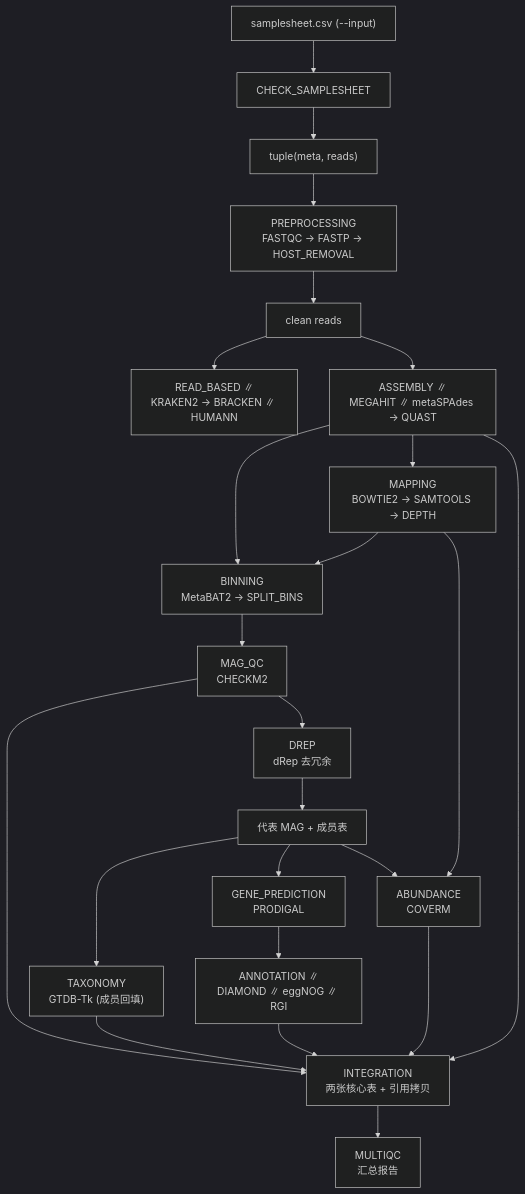
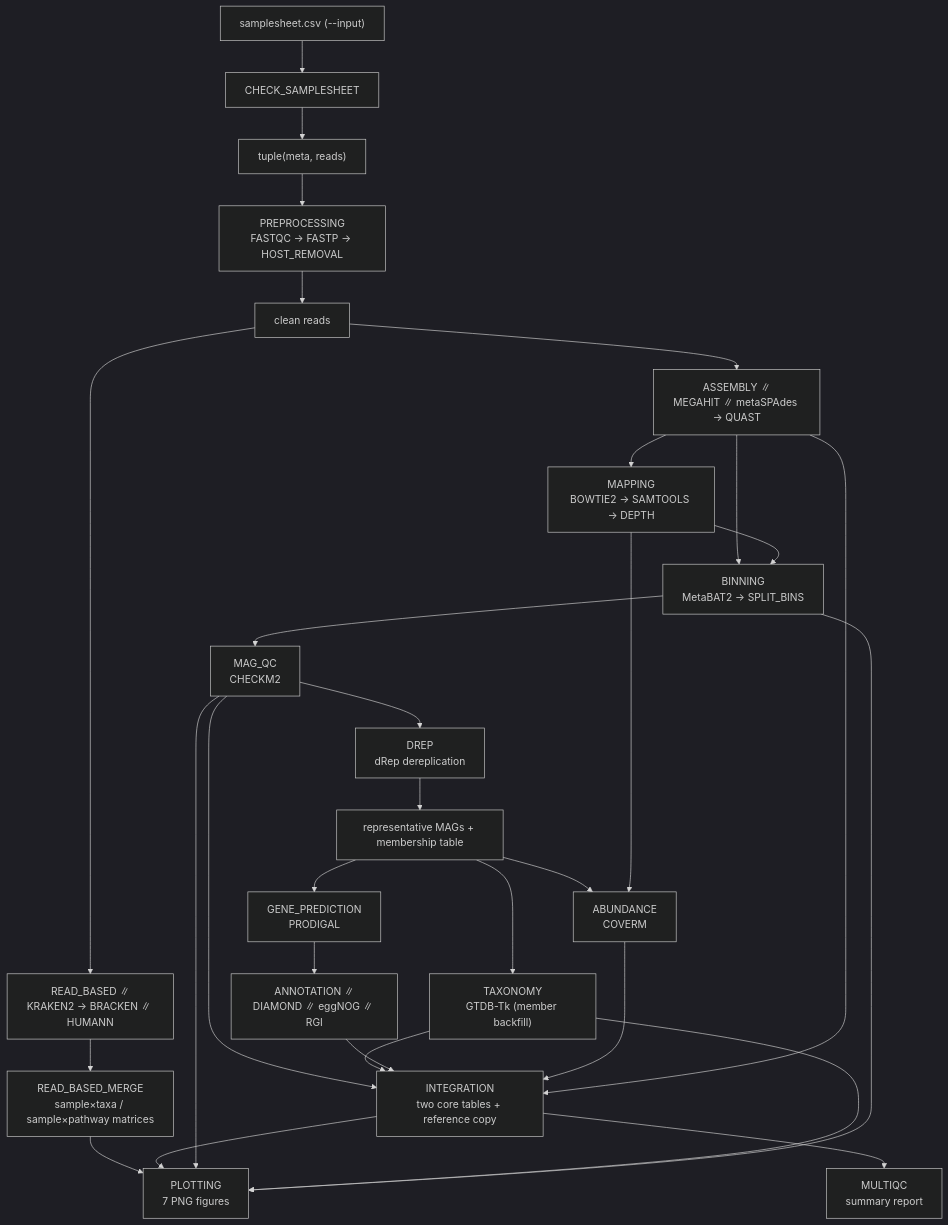
One commit to Muyi-bioinfo/nextflow-metagenomics changed the diagram in README.md. Above: the diagram before and after it, drawn with Mermaid (dark theme). The commit also changed other lines of this file and 5 other files, not shown here.

````diff
--- a/README.md
+++ b/README.md
@@ -28,30 +40,37 @@
 ```mermaid
 flowchart TD
     SS["samplesheet.csv (--input)"] --> CHECK["CHECK_SAMPLESHEET"]
     CHECK --> RAW["tuple(meta, reads)"]
     RAW --> PRE["PREPROCESSING<br/>FASTQC → FASTP → HOST_REMOVAL"]
     PRE --> CLEAN["clean reads"]
 
     CLEAN --> RB["READ_BASED ∥<br/>KRAKEN2 → BRACKEN ∥ HUMANN"]
     CLEAN --> ASM["ASSEMBLY ∥<br/>MEGAHIT ∥ metaSPAdes → QUAST"]
+    RB --> RBM["READ_BASED_MERGE<br/>sample×taxa / sample×pathway matrices"]
     ASM --> MAP["MAPPING<br/>BOWTIE2 → SAMTOOLS → DEPTH"]
     ASM --> BIN["BINNING<br/>MetaBAT2 → SPLIT_BINS"]
     MAP --> BIN
 
     BIN --> MAGQC["MAG_QC<br/>CHECKM2"]
-    MAGQC --> DREP["DREP<br/>dRep 去冗余"]
-    DREP --> REP["代表 MAG + 成员表"]
-    REP --> TAX["TAXONOMY<br/>GTDB-Tk (成员回填)"]
+    MAGQC --> DREP["DREP<br/>dRep dereplication"]
+    DREP --> REP["representative MAGs + membership table"]
+    REP --> TAX["TAXONOMY<br/>GTDB-Tk (member backfill)"]
     REP --> GENE["GENE_PREDICTION<br/>PRODIGAL"]
     GENE --> ANN["ANNOTATION ∥<br/>DIAMOND ∥ eggNOG ∥ RGI"]
     REP --> AB["ABUNDANCE<br/>COVERM"]
     MAP --> AB
 
-    INT["INTEGRATION<br/>两张核心表 + 引用拷贝"]
+    INT["INTEGRATION<br/>two core tables + reference copy"]
     MAGQC --> INT
     TAX --> INT
     ANN --> INT
     AB --> INT
     ASM --> INT
-    INT --> MQ["MULTIQC<br/>汇总报告"]
+    INT --> MQ["MULTIQC<br/>summary report"]
+
+    RBM --> PLOT["PLOTTING<br/>7 PNG figures"]
+    INT --> PLOT
+    MAGQC --> PLOT
+    TAX --> PLOT
+    BIN --> PLOT
 ```
````
